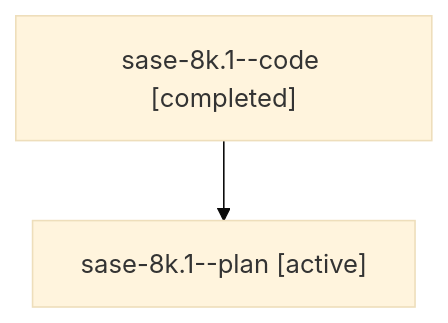
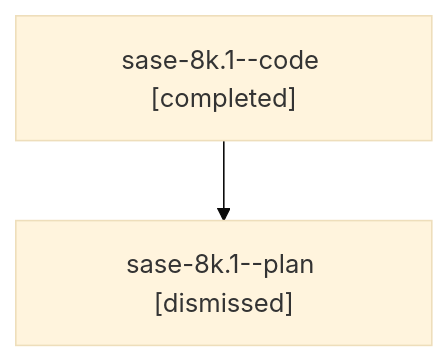
One commit to sase-org/sase--agents changed the diagram in sessions/bbugyi200.athena.sase-8k.1.md. Above: the diagram before and after it, drawn with Mermaid (base theme). The commit also changed other lines of this file and 79 other files, not shown here.

````diff
--- a/sessions/bbugyi200.athena.sase-8k.1.md
+++ b/sessions/bbugyi200.athena.sase-8k.1.md
@@ -9,6 +9,6 @@
 ```mermaid
 flowchart TD
   n0["sase-8k.1--code [completed]"]
-  n1["sase-8k.1--plan [active]"]
+  n1["sase-8k.1--plan [dismissed]"]
   n0 --> n1
 ```
````
